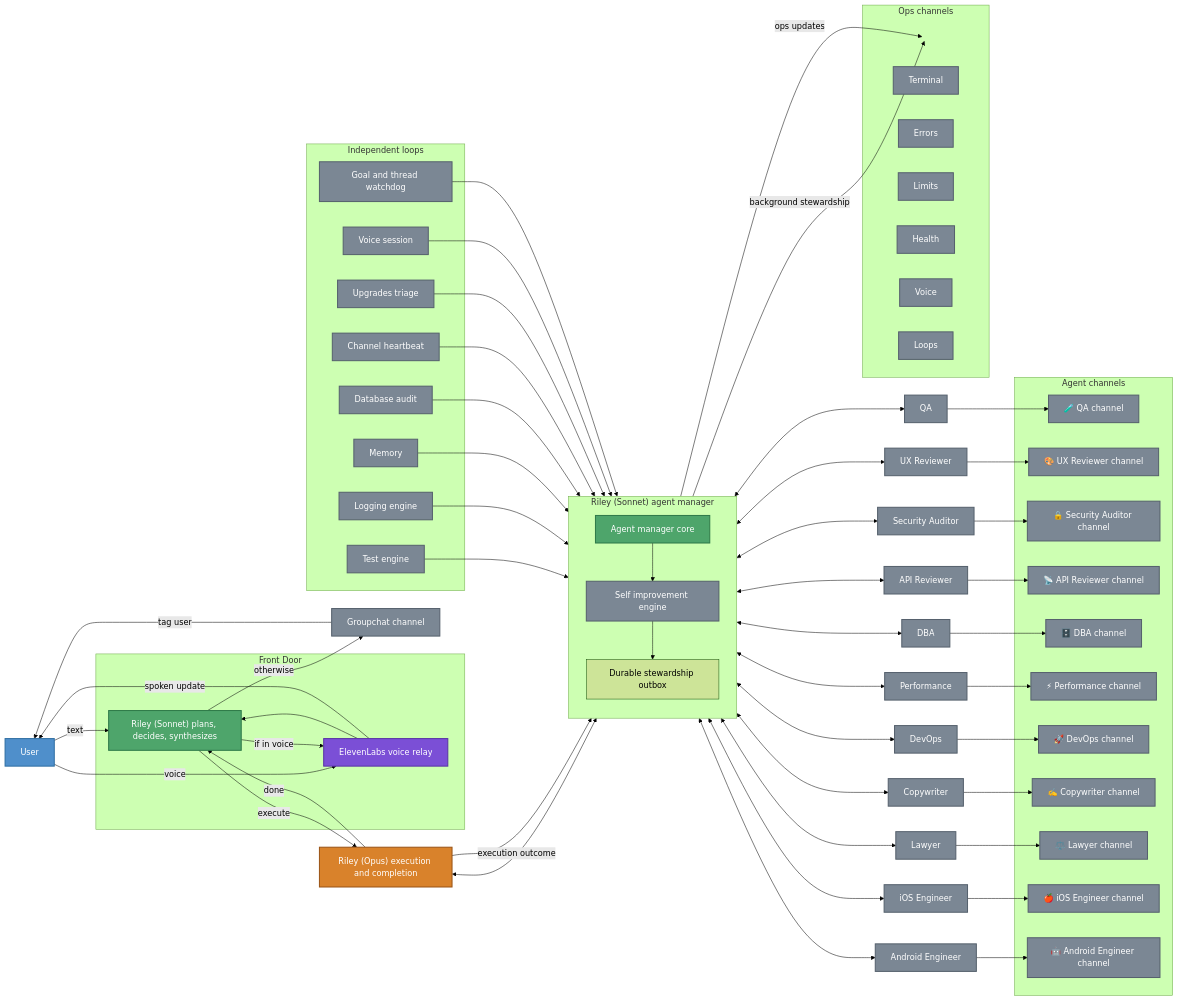
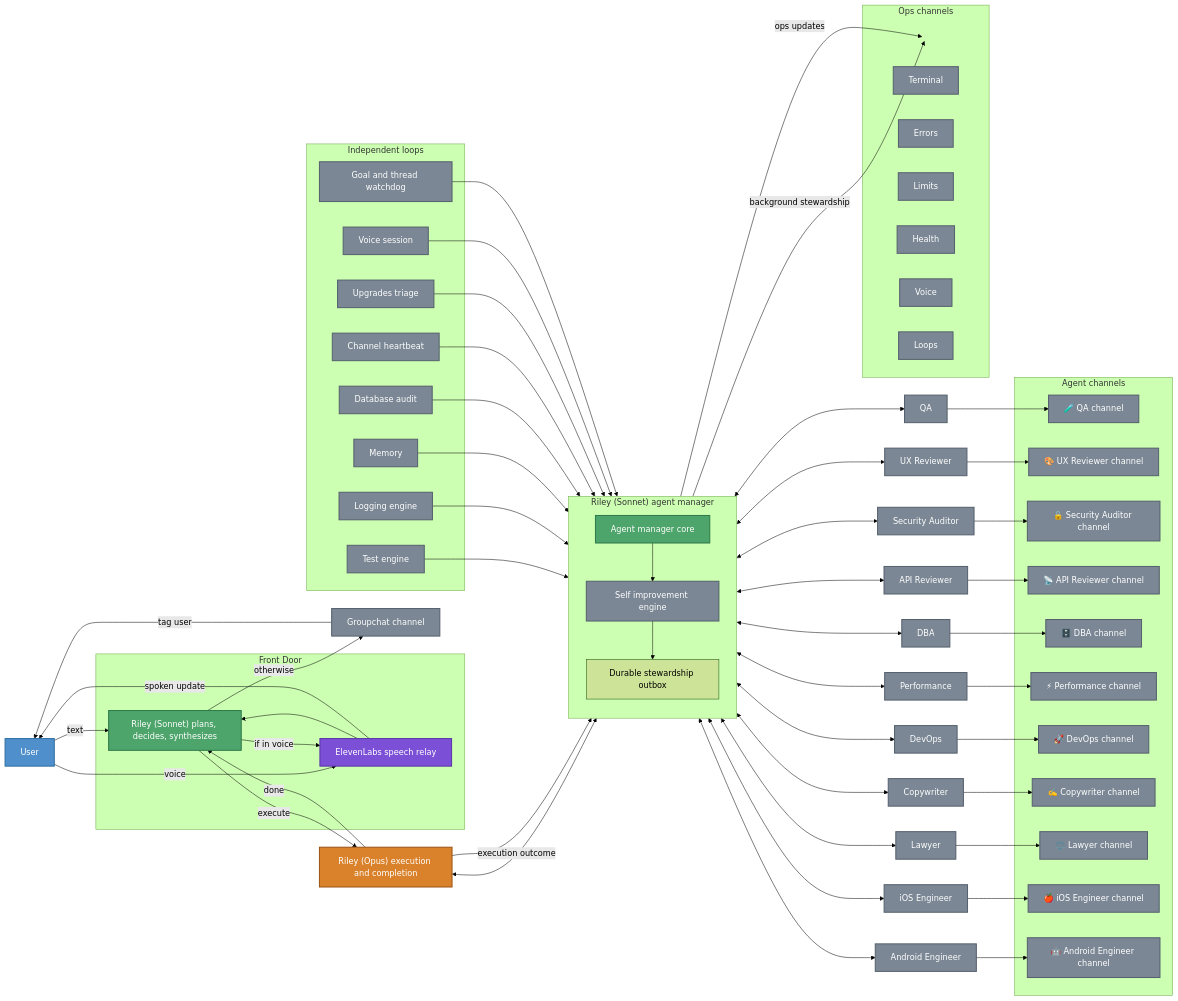
Before and after one commit to jflessenkemper/ASAP-discord: the first of 4 diagrams in .github/ARCHITECTURE.md, drawn with Mermaid (forest theme). The commit also changed other lines of this file and 32 other files, not shown here.

```diff
--- a/.github/ARCHITECTURE.md
+++ b/.github/ARCHITECTURE.md
@@ -13,7 +15,7 @@
 
     subgraph FrontDoor[Front Door]
         Riley["Riley (Sonnet) plans, decides, synthesizes"]
-        Voice[ElevenLabs voice relay]
+        Voice[ElevenLabs speech relay]
     end
 
     Opus["Riley (Opus) execution and completion"]
```
